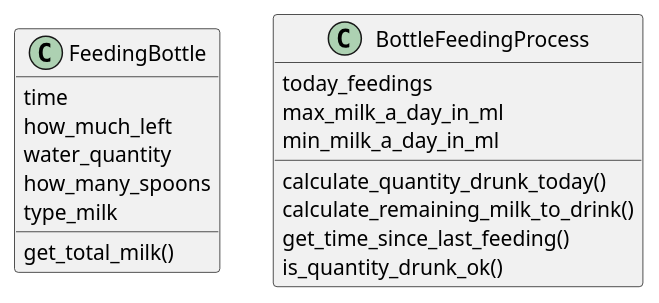
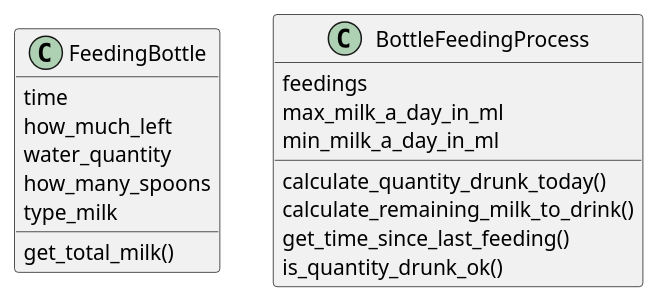
The diagram in add_record.puml (cediced/baby-recording), drawn with PlantUML before and after one commit. The commit also changed 3 other files, not shown here.

```diff
--- a/add_record.puml
+++ b/add_record.puml
@@ -1,22 +1,22 @@
 @startuml
 
 class FeedingBottle {
 time
 how_much_left
 water_quantity
 how_many_spoons
 type_milk
 get_total_milk()
 }
 
 class BottleFeedingProcess {
-today_feedings
+feedings
 max_milk_a_day_in_ml
 min_milk_a_day_in_ml
 calculate_quantity_drunk_today()
 calculate_remaining_milk_to_drink()
 get_time_since_last_feeding()
 is_quantity_drunk_ok()
 }
 
 @enduml
```
